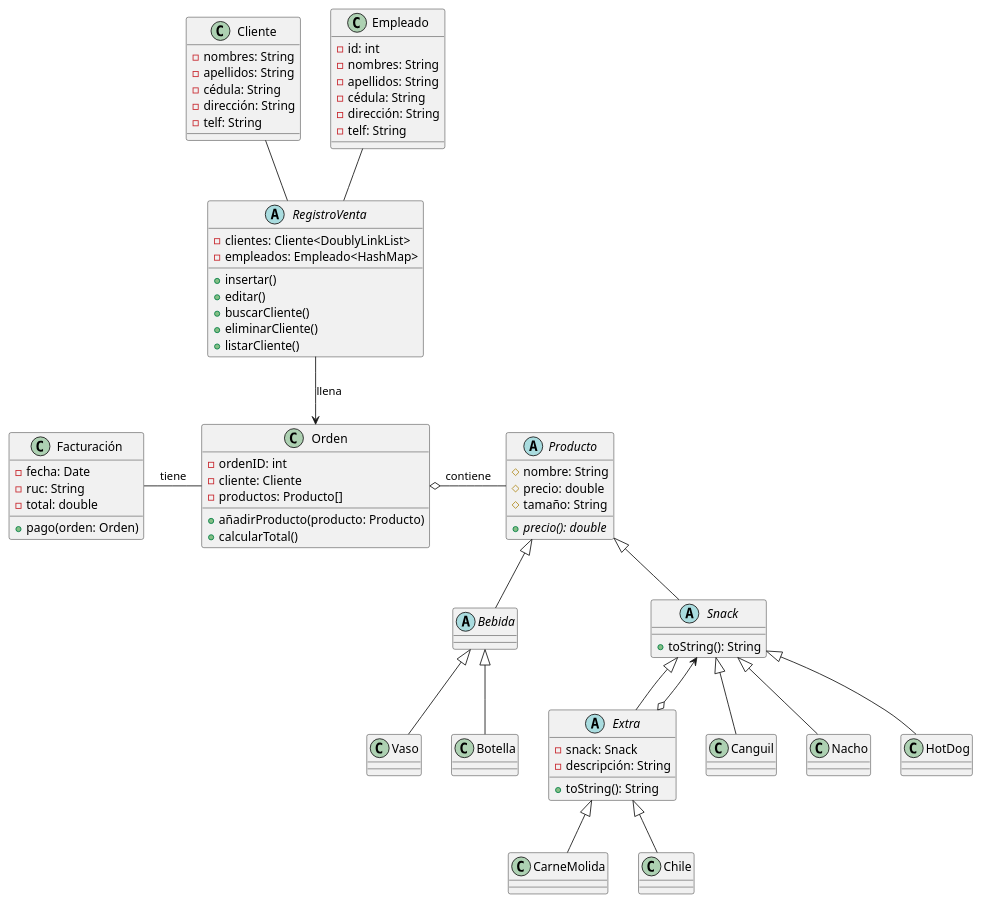
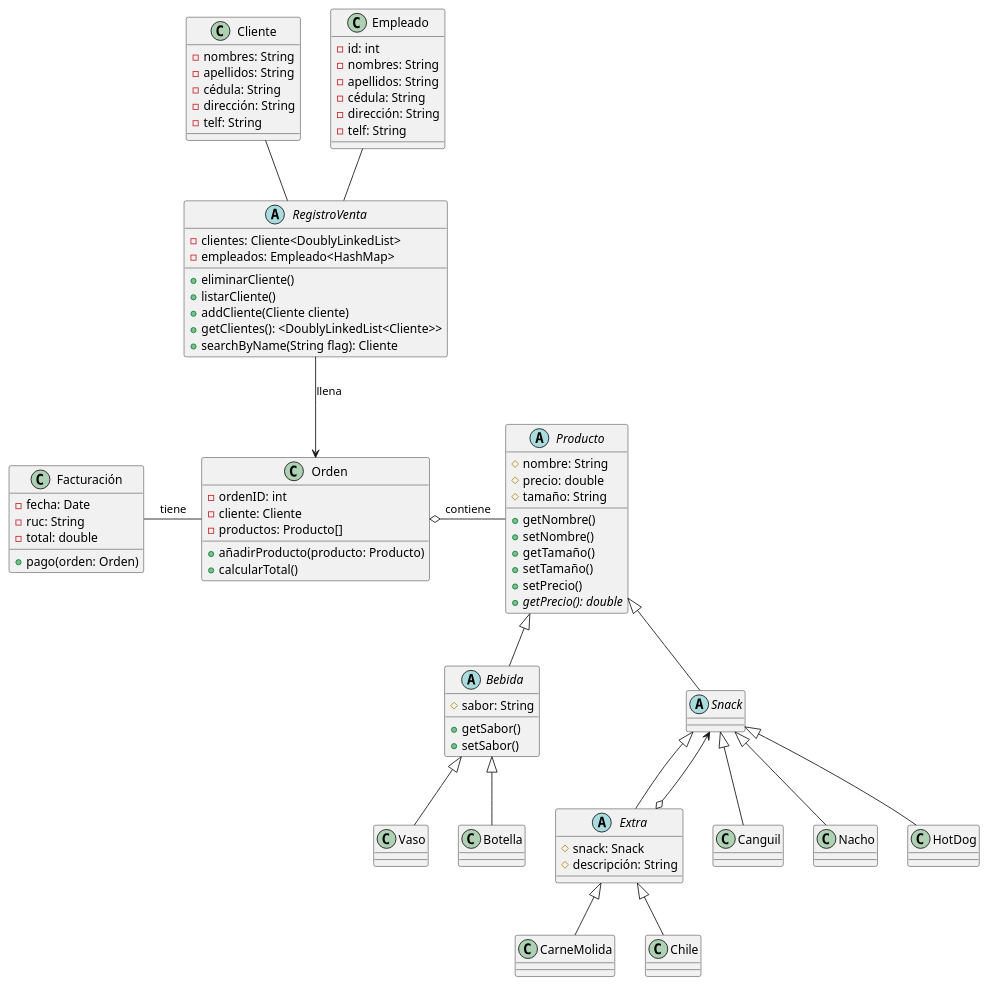
One commit to CroodcekDeep/Sistema-Cine changed the diagram in src/Cinema.puml. Above: the diagram before and after it, drawn with PlantUML.

Commit message:
docs: Design fixes
Se reestructuró el diseño del sistema, además de agregar los métodos que
ocupan cada clase.

Ginno Taimal

```diff
--- a/src/Cinema.puml
+++ b/src/Cinema.puml
@@ -1,112 +1,139 @@
 @startuml
 'https://plantuml.com/class-diagram
+
 abstract class RegistroVenta{
-    -clientes: Cliente<DoublyLinkList>
+    -clientes: Cliente<DoublyLinkedList>
     -empleados: Empleado<HashMap>
-    ' Ambos
-    +insertar()
-    +editar()
-    ' Cliente
-    +buscarCliente()
+
     +eliminarCliente()
     +listarCliente()
+    +addCliente(Cliente cliente)
+    +getClientes(): <DoublyLinkedList<Cliente>>
+    +searchByName(String flag): Cliente
 }
 
 class Cliente {
     -nombres: String
     -apellidos: String
     -cédula: String
     -dirección: String
     -telf: String
+
+    '+getNombres()
+    '+setNombres()
+    '+getApellidos()
+    '+setApellidos()
+    '+getCédula()
+    '+setCédula()
+    '+getDirección()
+    '+setDirección()
+    '+getTelf()
+    '+setTelf()
 }
 
 class Empleado{
     -id: int
     -nombres: String
     -apellidos: String
     -cédula: String
     -dirección: String
     -telf: String
+
+    '+getId()
+    '+setId()
+    '+getNombres()
+    '+setNombres()
+    '+getApellidos()
+    '+setApellidos()
+    '+getCédula()
+    '+setCédula()
+    '+getDirección()
+    '+setDirección()
+    '+getTelf()
+    '+setTelf()
 }
-
-'Reservar Película
-
-'class Taquillero
-
-'class Reserva
-
-'class Película
 
 class Facturación{
     -fecha: Date
     -ruc: String
     -total: double
+
     +pago(orden: Orden)
 }
 
 class Orden {
     -ordenID: int
     -cliente: Cliente
     -productos: Producto[]
+
     +añadirProducto(producto: Producto)
     +calcularTotal()
 }
 
 ' Comprar Comida
 abstract class Producto{
     #nombre: String
     #precio: double
     #tamaño: String
-    +precio(): double {abstract}
+
+    +getNombre()
+    +setNombre()
+    +getTamaño()
+    +setTamaño()
+    +setPrecio()
+    +getPrecio(): double {abstract}
 }
 
-abstract class Bebida
+abstract class Bebida{
+    #sabor: String
+
+    +getSabor()
+    +setSabor()
+}
 
 abstract class Snack {
-    +toString(): String
+
 }
 
 abstract class Extra{
-    -snack: Snack
-    -descripción: String
-
-    +toString(): String
+    #snack: Snack
+    #descripción: String
 }
 
 class Canguil{
     '+precio(): double
 }
 
 class Nacho{
     '+precio(): double
 }
 
 class HotDog{
     '+precio(): double
 }
 
 ' Patrón de Diseño -> Decorator
 Orden o- Producto: contiene
 
 Facturación - Orden: tiene
 
 Producto <|-- Snack
 Producto <|-- Bebida
 
 Snack <|-- Extra
 Snack <--o Extra
 Snack <|-- Nacho
 Snack <|-- HotDog
 Snack <|-- Canguil
 Extra <|-- CarneMolida
 Extra <|-- Chile
 
 Bebida <|-- Vaso
 Bebida <|-- Botella
 
 Cliente -- RegistroVenta
 Empleado -- RegistroVenta
 RegistroVenta --> Orden: llena
 
 
 @enduml
```
